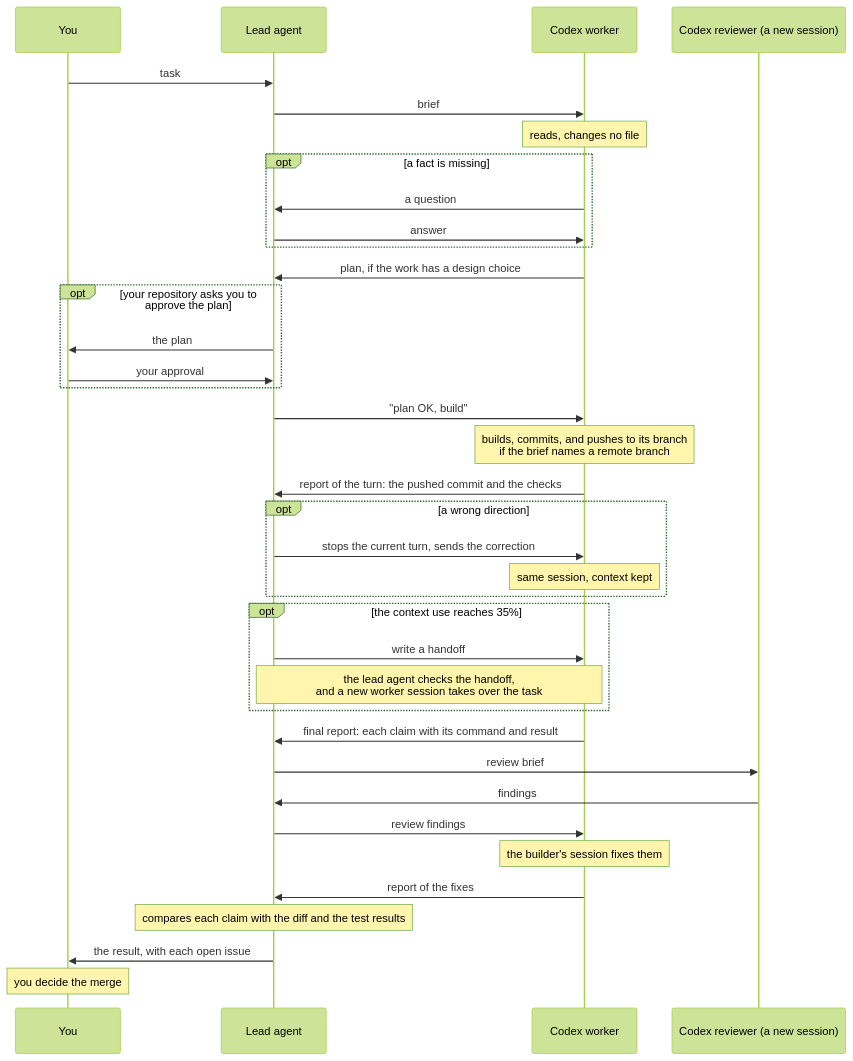
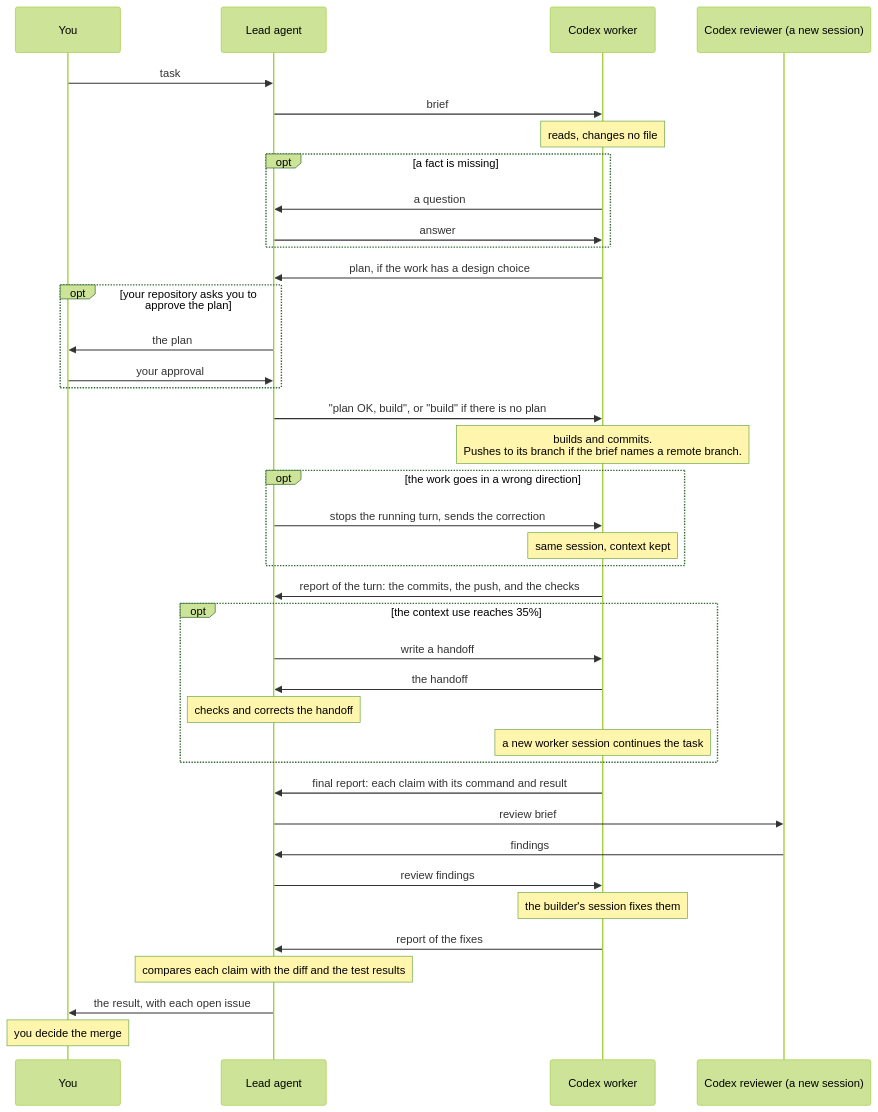
One commit to binhle312/cty1ng changed the second of 2 diagrams in .agents/skills/codex-workers/GUIDE.md. Above: the diagram before and after it, drawn with Mermaid (forest theme). The commit also changed other lines of this file, not shown here.

````diff
--- a/.agents/skills/codex-workers/GUIDE.md
+++ b/.agents/skills/codex-workers/GUIDE.md
@@ -40,40 +40,42 @@
 ```mermaid
 sequenceDiagram
   participant Y as You
   participant L as Lead agent
   participant W as Codex worker
   participant R as Codex reviewer (a new session)
 
   Y->>L: task
   L->>W: brief
   Note over W: reads, changes no file
   opt a fact is missing
     W->>L: a question
     L->>W: answer
   end
   W->>L: plan, if the work has a design choice
   opt your repository asks you to approve the plan
     L->>Y: the plan
     Y->>L: your approval
   end
-  L->>W: "plan OK, build"
-  Note over W: builds, commits, and pushes to its branch<br/>if the brief names a remote branch
-  W->>L: report of the turn: the pushed commit and the checks
-  opt a wrong direction
-    L->>W: stops the current turn, sends the correction
+  L->>W: "plan OK, build", or "build" if there is no plan
+  Note over W: builds and commits.<br/>Pushes to its branch if the brief names a remote branch.
+  opt the work goes in a wrong direction
+    L->>W: stops the running turn, sends the correction
     Note over W: same session, context kept
   end
+  W->>L: report of the turn: the commits, the push, and the checks
   opt the context use reaches 35%
     L->>W: write a handoff
-    Note over L,W: the lead agent checks the handoff,<br/>and a new worker session takes over the task
+    W->>L: the handoff
+    Note over L: checks and corrects the handoff
+    Note over W: a new worker session continues the task
   end
   W->>L: final report: each claim with its command and result
   L->>R: review brief
   R->>L: findings
   L->>W: review findings
   Note over W: the builder's session fixes them
   W->>L: report of the fixes
   Note over L: compares each claim with the diff and the test results
   L->>Y: the result, with each open issue
   Note over Y: you decide the merge
 ```
````
